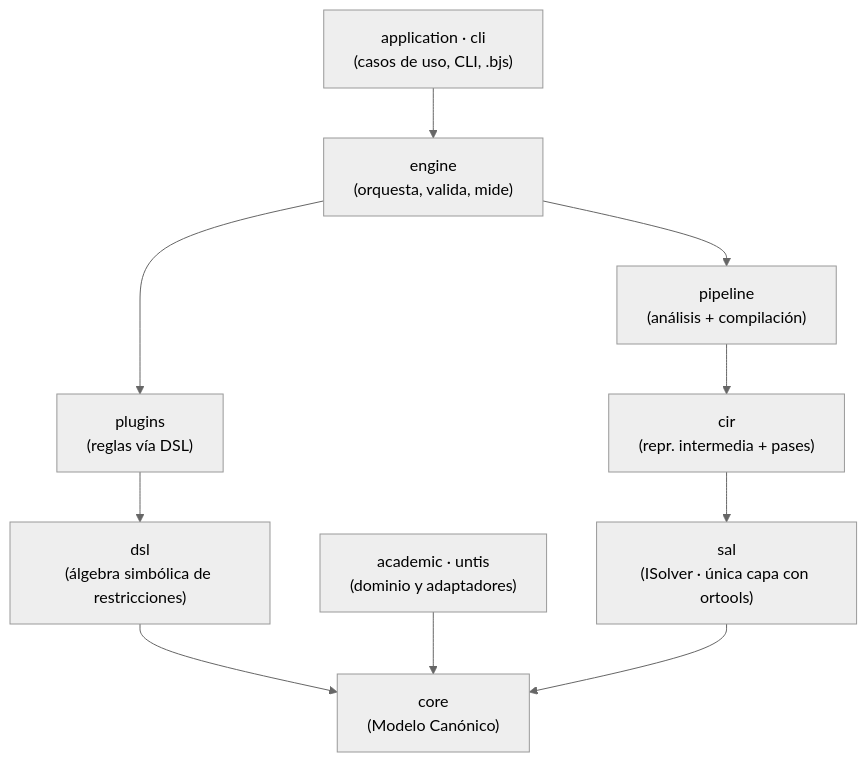
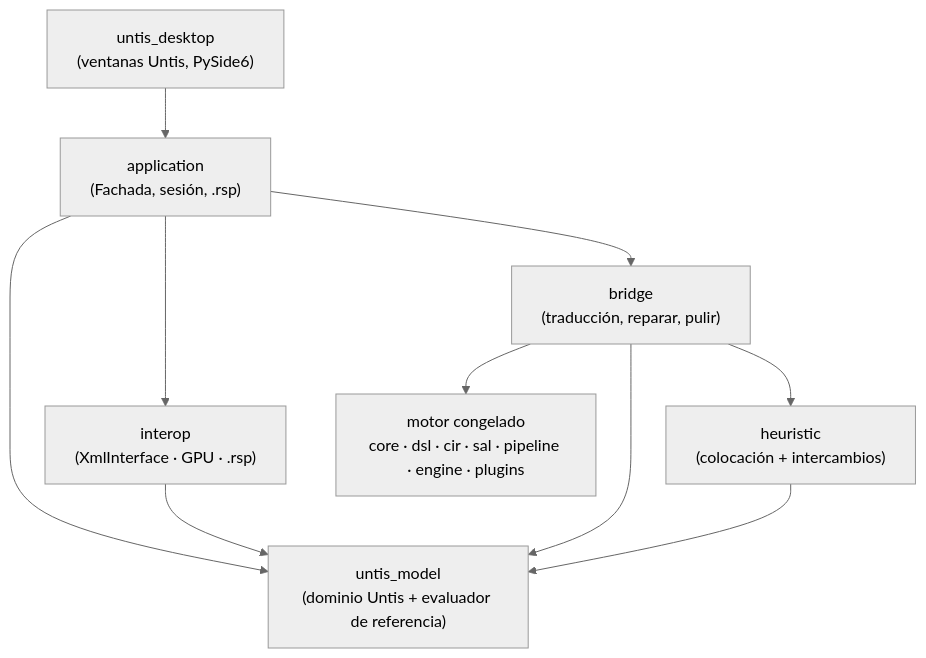
The diagram in docs/architecture/overview.md (chronosedwin8/RealSchool), drawn with Mermaid (neutral theme) before and after one commit. The commit also changed other lines of this file and 22 other files, not shown here.

````diff
--- a/docs/architecture/overview.md
+++ b/docs/architecture/overview.md
@@ -10,12 +10,12 @@
 ```mermaid
 graph TD
-    APP["application · cli<br/>(casos de uso, CLI, .bjs)"] --> ENG["engine<br/>(orquesta, valida, mide)"]
-    ENG --> PIPE["pipeline<br/>(análisis + compilación)"]
-    ENG --> PLUG["plugins<br/>(reglas vía DSL)"]
-    PIPE --> CIR["cir<br/>(repr. intermedia + pases)"]
-    PLUG --> DSL["dsl<br/>(álgebra simbólica de restricciones)"]
-    CIR --> SAL["sal<br/>(ISolver · única capa con ortools)"]
-    DSL --> CORE["core<br/>(Modelo Canónico)"]
-    ACAD["academic · untis<br/>(dominio y adaptadores)"] --> CORE
-    SAL --> CORE
+    UI["untis_desktop<br/>(ventanas Untis, PySide6)"] --> APP["application<br/>(Fachada, sesión, .rsp)"]
+    APP --> DOM["untis_model<br/>(dominio Untis + evaluador de referencia)"]
+    APP --> IO["interop<br/>(XmlInterface · GPU · .rsp)"]
+    APP --> BR["bridge<br/>(traducción, reparar, pulir)"]
+    IO --> DOM
+    BR --> DOM
+    BR --> HEU["heuristic<br/>(colocación + intercambios)"]
+    HEU --> DOM
+    BR --> ENG["motor congelado<br/>core · dsl · cir · sal · pipeline · engine · plugins"]
 ```
````
